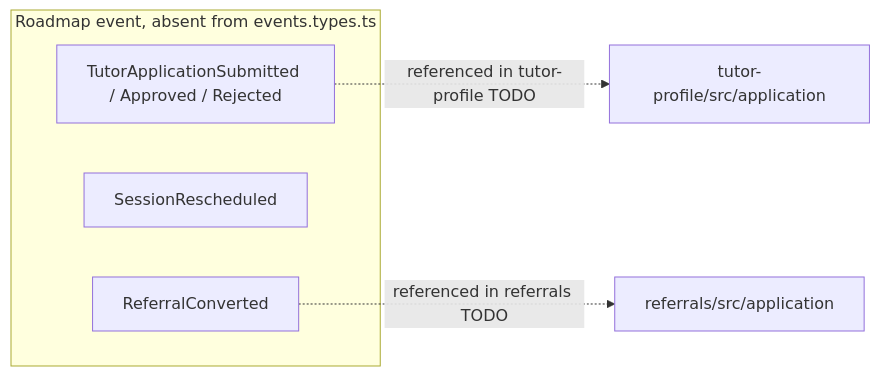
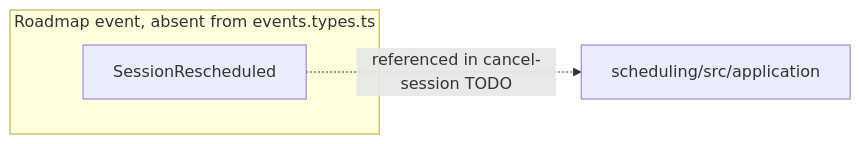
One commit to theforge-x/mojo changed diagram 11 of 11 in docs/uml/04-behavioral.md. Above: the diagram before and after it, drawn with Mermaid. The commit also changed other lines of this file and 87 other files, not shown here.

First line of the commit message:
feat: full-depth modules, enforced clean-architecture boundaries, vitest aliases

````diff
--- a/docs/uml/04-behavioral.md
+++ b/docs/uml/04-behavioral.md
@@ -316,10 +319,7 @@
 ```mermaid
 flowchart LR
     subgraph PLANNED["Roadmap event, absent from events.types.ts"]
-        A[TutorApplicationSubmitted / Approved / Rejected]
-        B[SessionRescheduled]
-        C[ReferralConverted]
+        A[SessionRescheduled]
     end
-    A -.->|referenced in tutor-profile TODO| TP[tutor-profile/src/application]
-    C -.->|referenced in referrals TODO| RF[referrals/src/application]
+    A -.->|referenced in cancel-session TODO| SC[scheduling/src/application]
 ```
````
